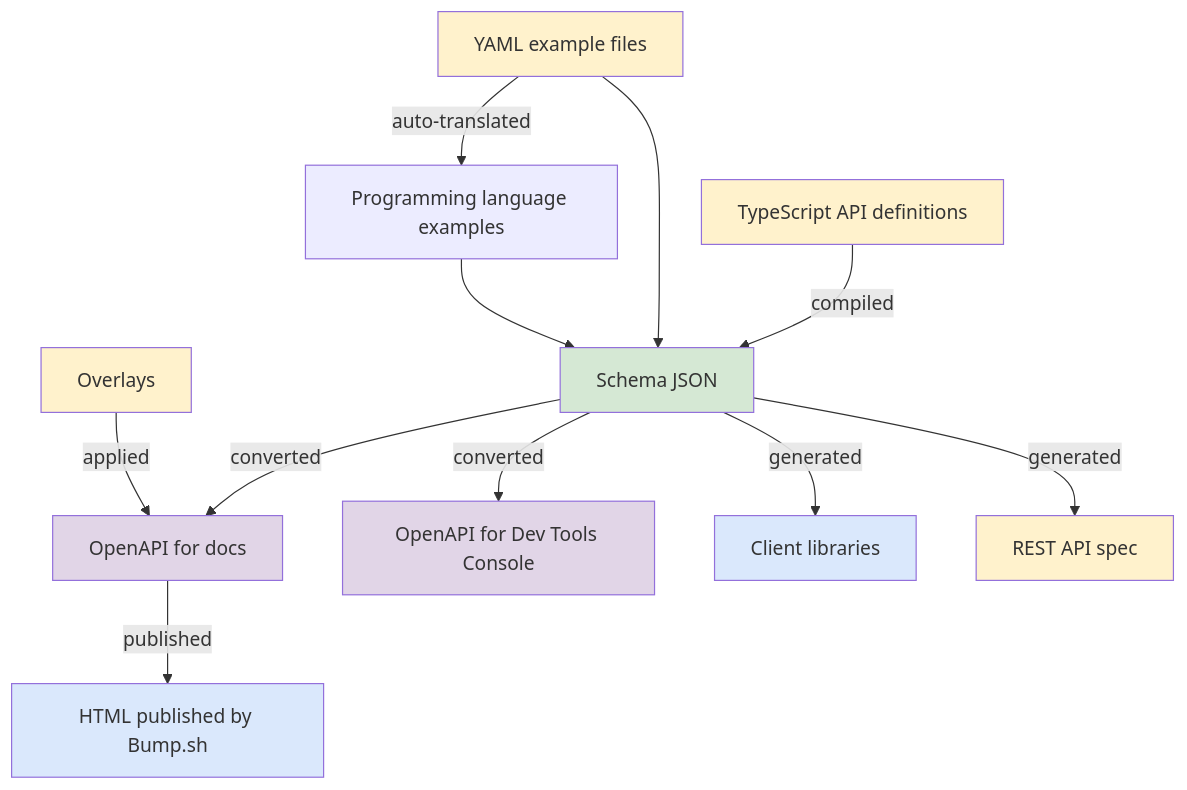
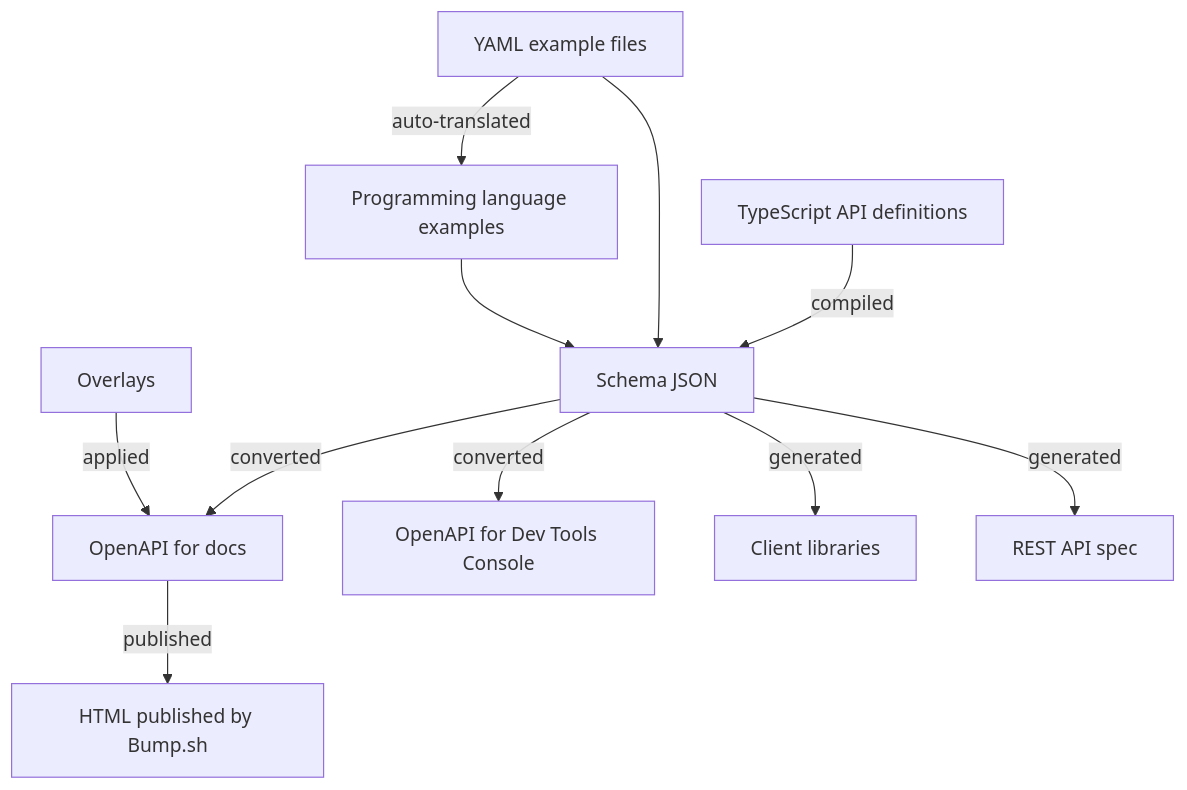
Before and after one commit to mdbirnstiehl/docs-content: the second of 2 diagrams in contribute-docs/api-docs/overview.md, drawn with Mermaid. The commit also changed other lines of this file, not shown here.

Commit message:
Migrate Mermaid styles to semantic classes (#7501)
## Why

Server-side Mermaid rendering uses a fixed semantic styling palette.
These API documentation diagrams use inline styles that strict rendering
rejects.

## What

Replace the inline Mermaid styles with the corresponding semantic
classes, preserving the diagrams' visual grouping.

Prerequisite for elastic/docs-builder#2838.

Made with [Cursor](https://cursor.com)

````diff
--- a/contribute-docs/api-docs/overview.md
+++ b/contribute-docs/api-docs/overview.md
@@ -63,22 +63,17 @@
 ```mermaid
 flowchart TD
     A[TypeScript API definitions] -->|compiled| B[Schema JSON]
     G[YAML example files] --> B
     G -->|auto-translated| P[Programming language examples] --> B
     B -->|converted| C1[OpenAPI for docs]
     B -->|converted| C2[OpenAPI for Dev Tools Console]
     H[Overlays] -->|applied| C1
     C1 -->|published| E["HTML published by Bump.sh"]
     B -->|generated| D[Client libraries]
     B -->|generated| F[REST API spec]
-    
-    style A fill:#fff2cc
-    style F fill:#fff2cc
-    style G fill:#fff2cc
-    style B fill:#d5e8d4
-    style C1 fill:#e1d5e7
-    style C2 fill:#e1d5e7
-    style H fill:#fff2cc
-    style D fill:#dae8fc
-    style E fill:#dae8fc
+
+    class A,F,G,H warning
+    class B success
+    class C1,C2 important
+    class D,E note
 ```
````
